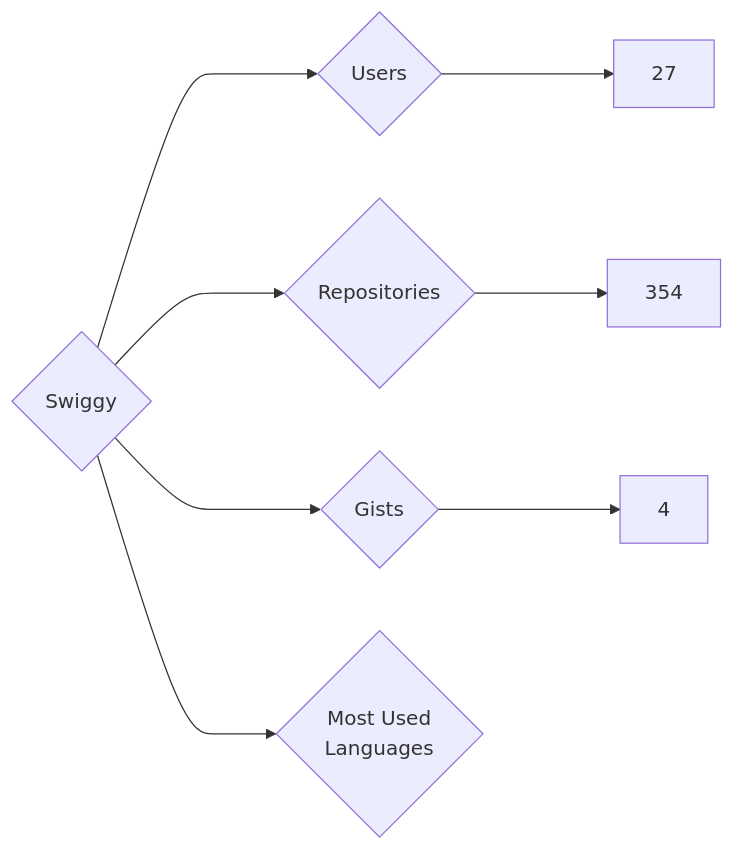
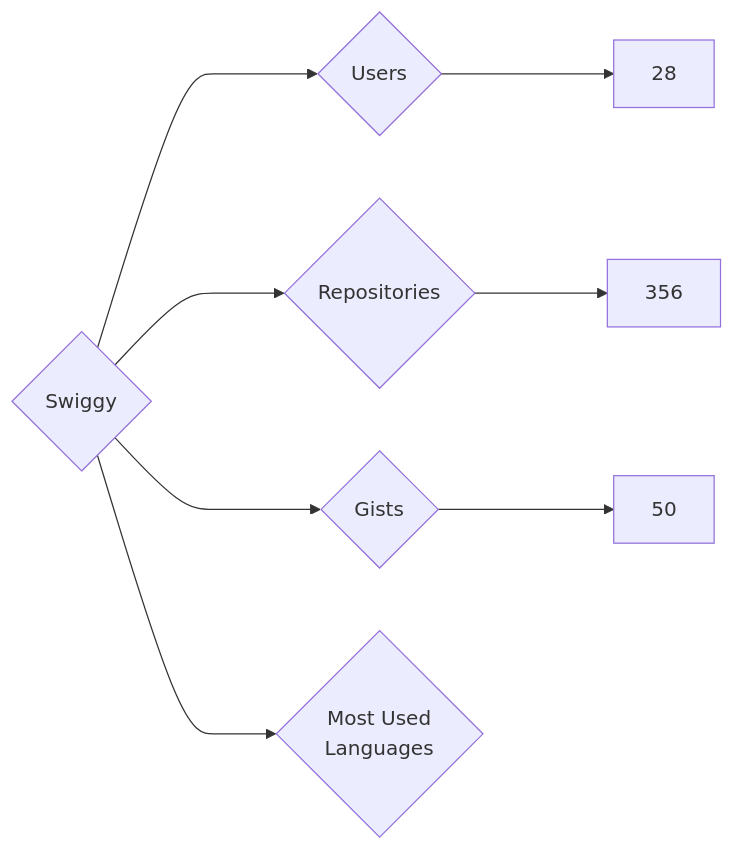
One commit to nenadzaric/insiders changed the diagram in targets/Swiggy/README.md. Above: the diagram before and after it, drawn with Mermaid. The commit also changed 1342 other files, not shown here.

````diff
--- a/targets/Swiggy/README.md
+++ b/targets/Swiggy/README.md
@@ -3,8 +3,8 @@
 ```mermaid
 graph LR
 COMPANY_NAME{Swiggy}
-COMPANY_NAME ---> U{Users} ---> UN[27]
-COMPANY_NAME ---> R{Repositories} ---> RN[354]
-COMPANY_NAME ---> G{Gists} ---> GN[4]
+COMPANY_NAME ---> U{Users} ---> UN[28]
+COMPANY_NAME ---> R{Repositories} ---> RN[356]
+COMPANY_NAME ---> G{Gists} ---> GN[50]
 COMPANY_NAME ---> ML{Most Used<br>Languages}
 ```
````
